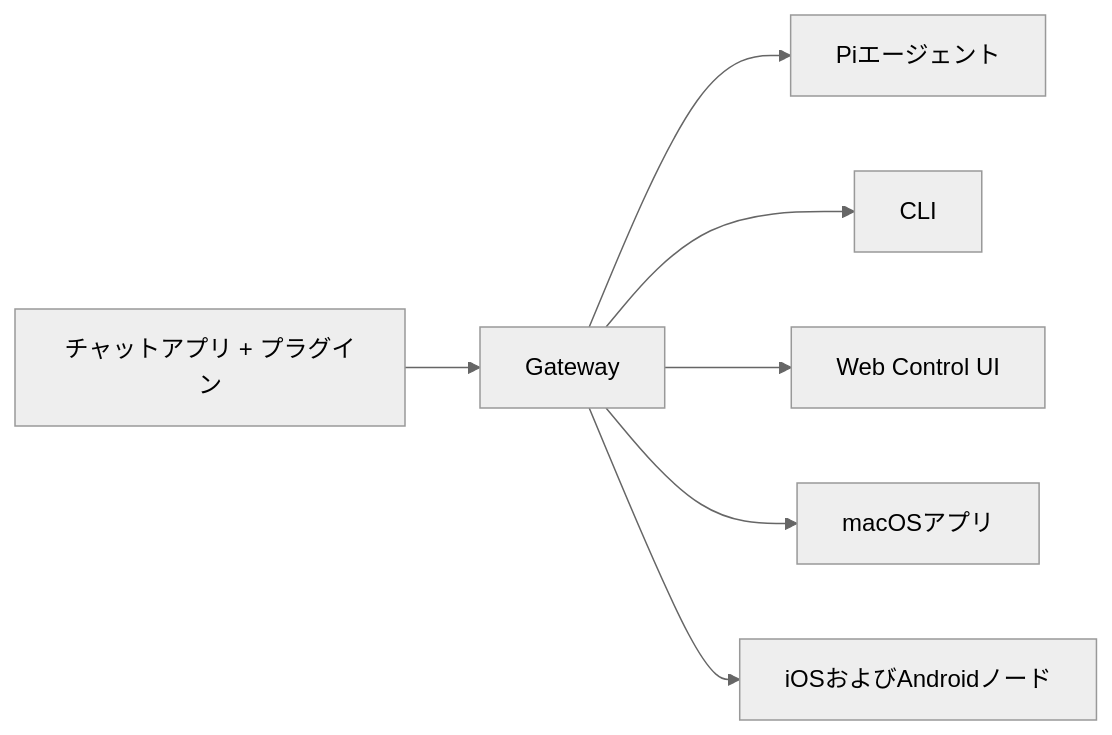
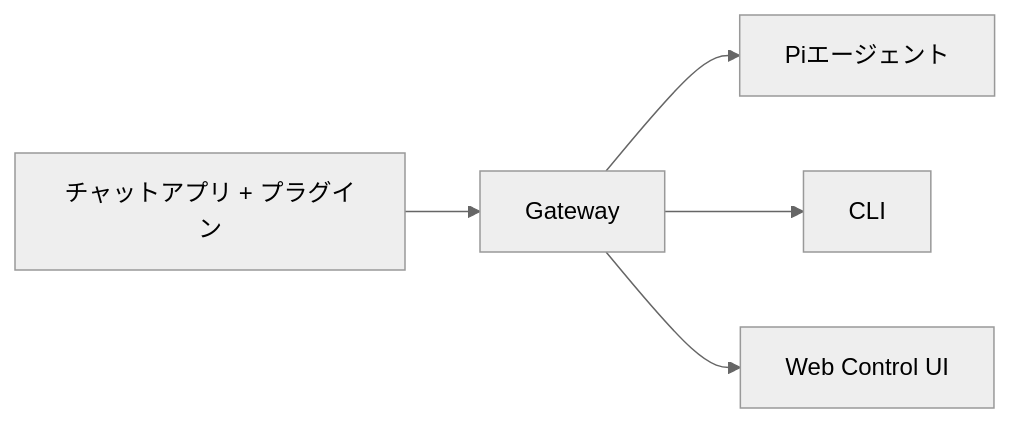
One commit to lcx1215/lcx-s-agent changed the diagram in docs/ja-JP/index.md. Above: the diagram before and after it, drawn with Mermaid (neutral theme). The commit also changed 173 other files, not shown here.

````diff
--- a/docs/ja-JP/index.md
+++ b/docs/ja-JP/index.md
@@ -55,9 +55,7 @@
 ```mermaid
 flowchart LR
   A["チャットアプリ + プラグイン"] --> B["Gateway"]
   B --> C["Piエージェント"]
   B --> D["CLI"]
   B --> E["Web Control UI"]
-  B --> F["macOSアプリ"]
-  B --> G["iOSおよびAndroidノード"]
 ```
````
